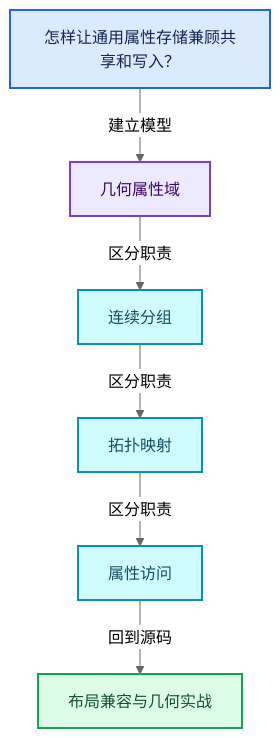
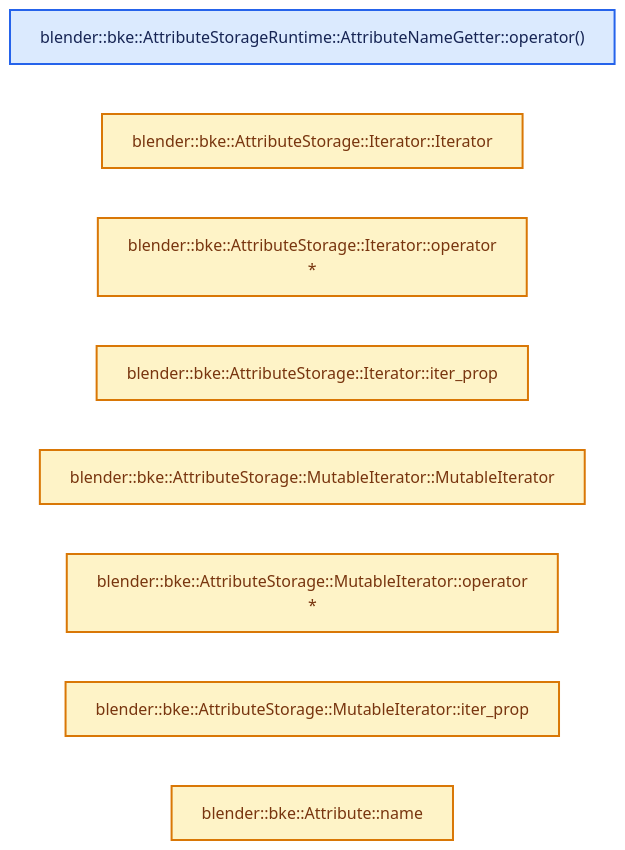
The second of 4 diagrams in 杂/markdown/全面学习-codex/05-几何存储与拓扑映射/10-布局兼容与几何实战.md (yunkezengren/blender-.vscode), drawn with Mermaid (neutral theme) before and after one commit. The commit also changed other lines of this file and 1930 other files, not shown here.

````diff
--- a/杂/markdown/全面学习-codex/05-几何存储与拓扑映射/10-布局兼容与几何实战.md
+++ b/杂/markdown/全面学习-codex/05-几何存储与拓扑映射/10-布局兼容与几何实战.md
@@ -58,20 +46,17 @@
 ```mermaid
-flowchart TB
-  Q["怎样让通用属性存储兼顾共享和写入？"]:::input
-  C0["几何属性域"]:::abstraction
-  C1["连续分组"]:::data
-  C2["拓扑映射"]:::data
-  C3["属性访问"]:::data
-  R["布局兼容与几何实战"]:::result
-  Q -->|"建立模型"| C0
-  C0 -->|"区分职责"| C1
-  C1 -->|"区分职责"| C2
-  C2 -->|"区分职责"| C3
-  C3 -->|"回到源码"| R
+flowchart LR
+  F0["blender::bke::AttributeStorageRuntime::AttributeNameGetter::operator()"]:::input
+  F1["blender::bke::AttributeStorage::Iterator::Iterator"]:::compute
+  F2["blender::bke::AttributeStorage::Iterator::operator<br/>*"]:::compute
+  F3["blender::bke::AttributeStorage::Iterator::iter_prop"]:::compute
+  F4["blender::bke::AttributeStorage::MutableIterator::MutableIterator"]:::compute
+  F5["blender::bke::AttributeStorage::MutableIterator::operator<br/>*"]:::compute
+  F6["blender::bke::AttributeStorage::MutableIterator::iter_prop"]:::compute
+  F7["blender::bke::Attribute::name"]:::compute
   classDef input fill:#DBEAFE,stroke:#2563EB,color:#172554,stroke-width:2px;
   classDef data fill:#CFFAFE,stroke:#0891B2,color:#164E63,stroke-width:2px;
   classDef abstraction fill:#EDE9FE,stroke:#7C3AED,color:#3B0764,stroke-width:2px;
   classDef compute fill:#FEF3C7,stroke:#D97706,color:#78350F,stroke-width:2px;
   classDef result fill:#DCFCE7,stroke:#16A34A,color:#14532D,stroke-width:2px;
   classDef error fill:#FEE2E2,stroke:#DC2626,color:#7F1D1D,stroke-width:2px;
 ```
````
